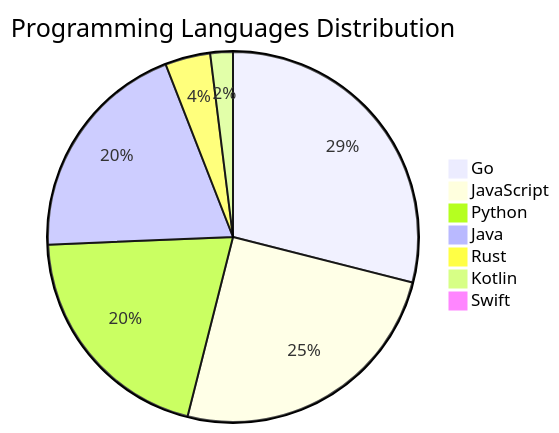
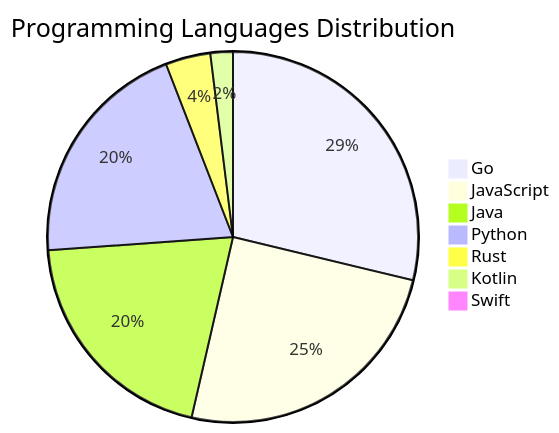
Before and after one commit to Derrick-MUGISHA/github-activity-bot: the diagram in README.md, drawn with Mermaid. The commit also changed other lines of this file and 4 other files, not shown here.

````diff
--- a/README.md
+++ b/README.md
@@ -207,10 +207,10 @@
 ```mermaid
 pie title Programming Languages Distribution
     "Go" : 44
     "JavaScript" : 38
+    "Java" : 31
     "Python" : 31
-    "Java" : 30
     "Rust" : 6
     "Kotlin" : 3
     "Swift" : 1
 ```
````
